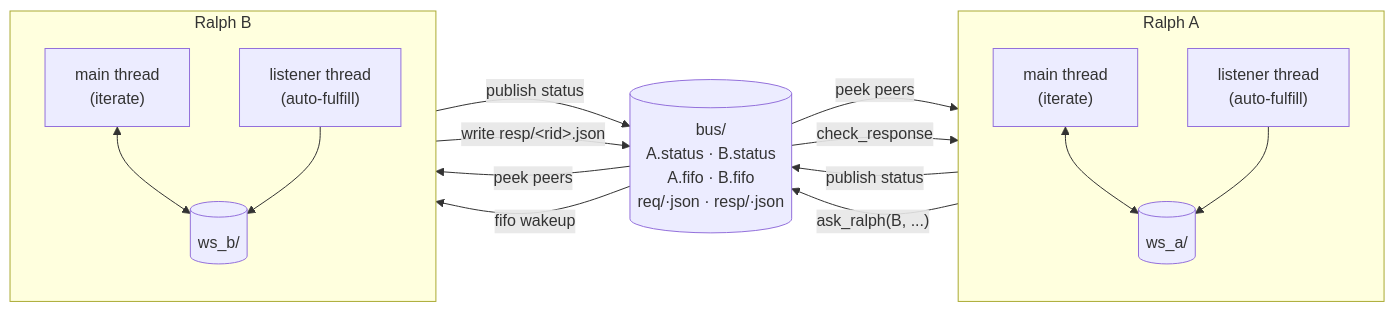
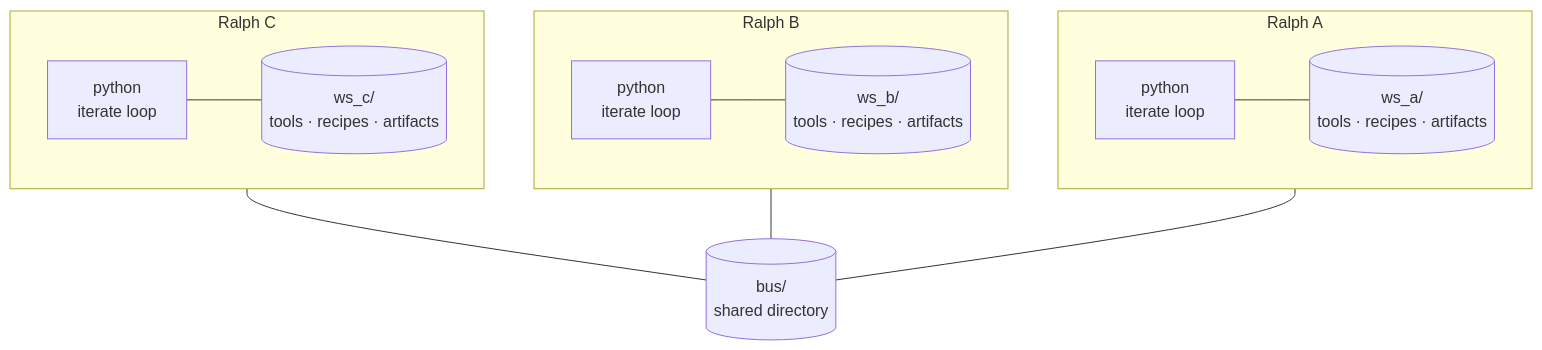
The diagram in BLOG.md (msanvido/ralph), drawn with Mermaid before and after one commit. The commit also changed other lines of this file, not shown here.

Commit message:
BLOG.md: simplify Pictured section to one macro-view diagram
Replaced the previous two-diagram block (single-Ralph loop + detailed
multi-Ralph thread/FIFO view) with a single high-level diagram: three
Ralphs each = python loop + ws_*/, all sharing a bus/. No threads, no
request/response file details — those belong in the prose, not in the
visual. The iteration internals are already in the algorithm pseudocode
just above.

````diff
--- a/BLOG.md
+++ b/BLOG.md
@@ -90,32 +62,23 @@
 ```mermaid
-flowchart LR
-    subgraph rA["Ralph A"]
-      direction TB
-      mA["main thread<br/>(iterate)"]
-      lA["listener thread<br/>(auto-fulfill)"]
-      wsA[("ws_a/")]
-      mA <--> wsA
-      lA --> wsA
+flowchart TB
+    subgraph A["Ralph A"]
+      direction LR
+      pA["python<br/>iterate loop"] --- fA[("ws_a/<br/>tools · recipes · artifacts")]
     end
 
-    bus[("bus/<br/>A.status &middot; B.status<br/>A.fifo &middot; B.fifo<br/>req/&middot;json &middot; resp/&middot;json")]
-
-    subgraph rB["Ralph B"]
-      direction TB
-      mB["main thread<br/>(iterate)"]
-      lB["listener thread<br/>(auto-fulfill)"]
-      wsB[("ws_b/")]
-      mB <--> wsB
-      lB --> wsB
+    subgraph B["Ralph B"]
+      direction LR
+      pB["python<br/>iterate loop"] --- fB[("ws_b/<br/>tools · recipes · artifacts")]
     end
 
-    mA -- "publish status" --> bus
-    mB -- "publish status" --> bus
-    bus -- "peek peers" --> mA
-    bus -- "peek peers" --> mB
+    subgraph C["Ralph C"]
+      direction LR
+      pC["python<br/>iterate loop"] --- fC[("ws_c/<br/>tools · recipes · artifacts")]
+    end
 
-    mA -- "ask_ralph(B, ...)" --> bus
-    bus -- "fifo wakeup" --> lB
-    lB -- "write resp/&lt;rid&gt;.json" --> bus
-    bus -- "check_response" --> mA
+    bus[("bus/<br/>shared directory")]
+
+    pA --- bus
+    pB --- bus
+    pC --- bus
 ```
````
